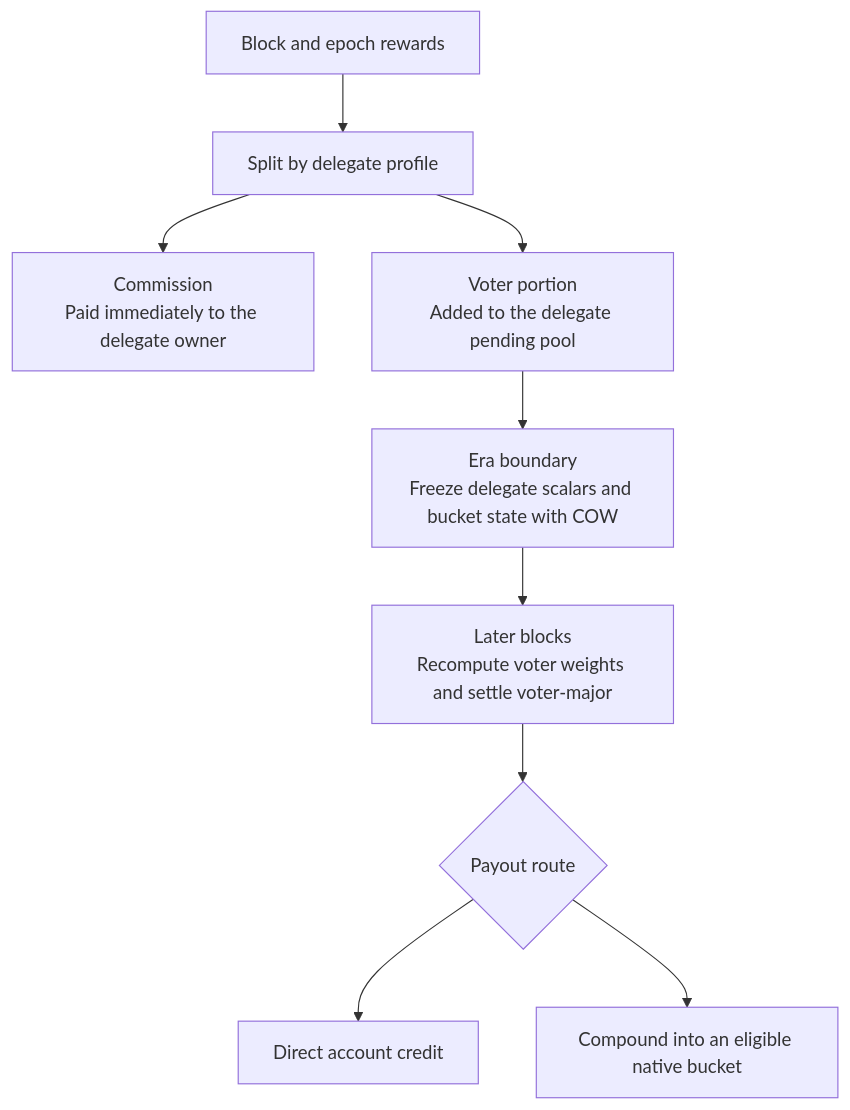
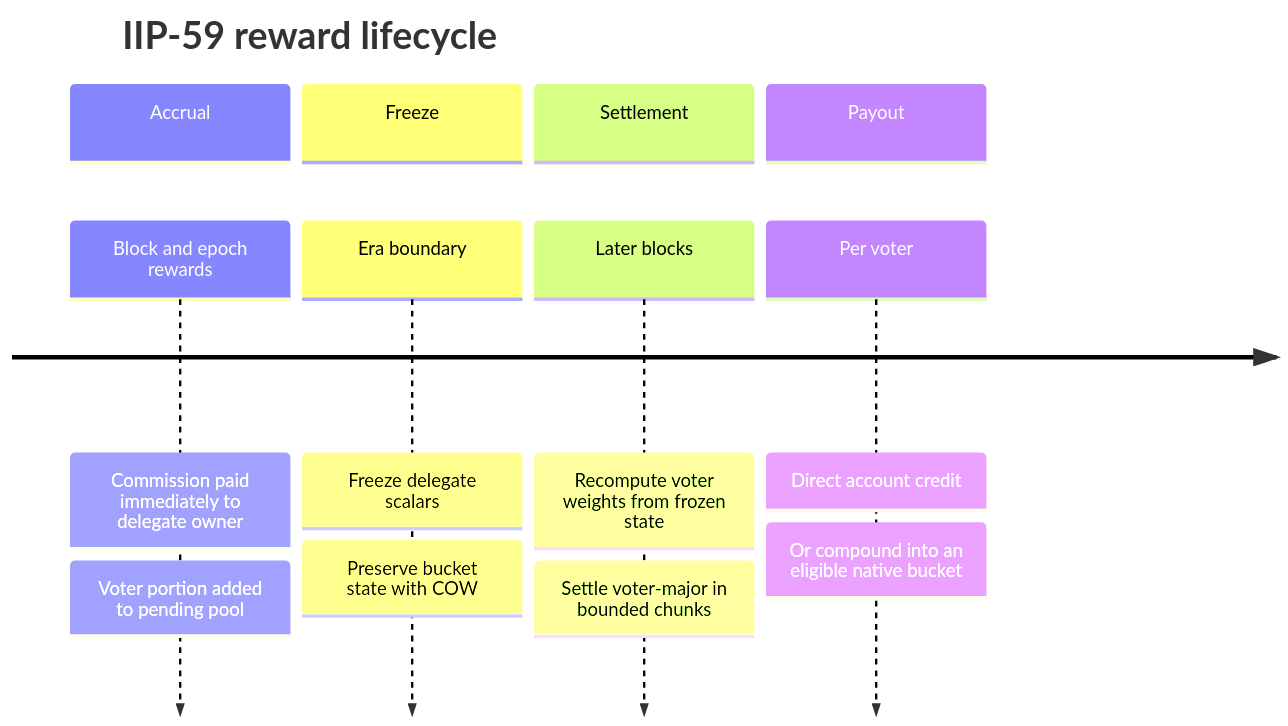
One commit to iotexproject/iips changed the second of 2 diagrams in iip-59.md. Above: the diagram before and after it, drawn with Mermaid. The commit also changed other lines of this file, not shown here.

Commit message:
IIP-59: show rewards as a lifecycle

````diff
--- a/iip-59.md
+++ b/iip-59.md
@@ -90,11 +90,16 @@
 ```mermaid
-flowchart TD
-    A[Block and epoch rewards] --> B[Split by delegate profile]
-    B --> C[Commission<br/>Paid immediately to the delegate owner]
-    B --> D[Voter portion<br/>Added to the delegate pending pool]
-    D --> E[Era boundary<br/>Freeze delegate scalars and bucket state with COW]
-    E --> F[Later blocks<br/>Recompute voter weights and settle voter-major]
-    F --> G{Payout route}
-    G --> H[Direct account credit]
-    G --> I[Compound into an eligible native bucket]
+timeline
+    title IIP-59 reward lifecycle
+    section Accrual
+        Block and epoch rewards : Commission paid immediately to delegate owner
+                                : Voter portion added to pending pool
+    section Freeze
+        Era boundary : Freeze delegate scalars
+                     : Preserve bucket state with COW
+    section Settlement
+        Later blocks : Recompute voter weights from frozen state
+                     : Settle voter-major in bounded chunks
+    section Payout
+        Per voter : Direct account credit
+                  : Or compound into an eligible native bucket
 ```
````
